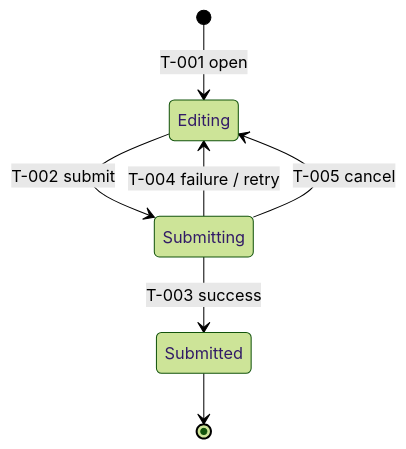
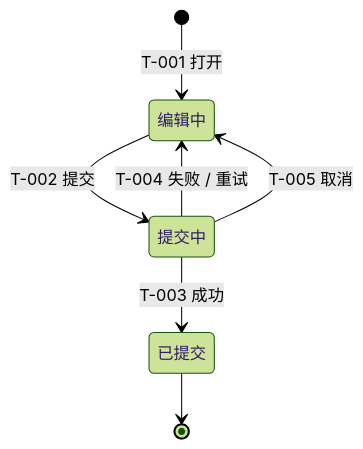
One commit to s-charvin/ai-delivery-kit changed the second of 3 diagrams in .agents-zh/skills/ai-delivery-orchestrator/templates/design-state-flow-example.md. Above: the diagram before and after it, drawn with Mermaid (forest theme). The commit also changed other lines of this file and 8 other files, not shown here.

````diff
--- a/.agents-zh/skills/ai-delivery-orchestrator/templates/design-state-flow-example.md
+++ b/.agents-zh/skills/ai-delivery-orchestrator/templates/design-state-flow-example.md
@@ -30,9 +32,12 @@
 ```mermaid
 stateDiagram-v2
-  [*] --> Editing: T-001 open
-  Editing --> Submitting: T-002 submit
-  Submitting --> Submitted: T-003 success
-  Submitting --> Editing: T-004 failure / retry
-  Submitting --> Editing: T-005 cancel
+  state "编辑中" as Editing
+  state "提交中" as Submitting
+  state "已提交" as Submitted
+  [*] --> Editing: T-001 打开
+  Editing --> Submitting: T-002 提交
+  Submitting --> Submitted: T-003 成功
+  Submitting --> Editing: T-004 失败 / 重试
+  Submitting --> Editing: T-005 取消
   Submitted --> [*]
 ```
````
